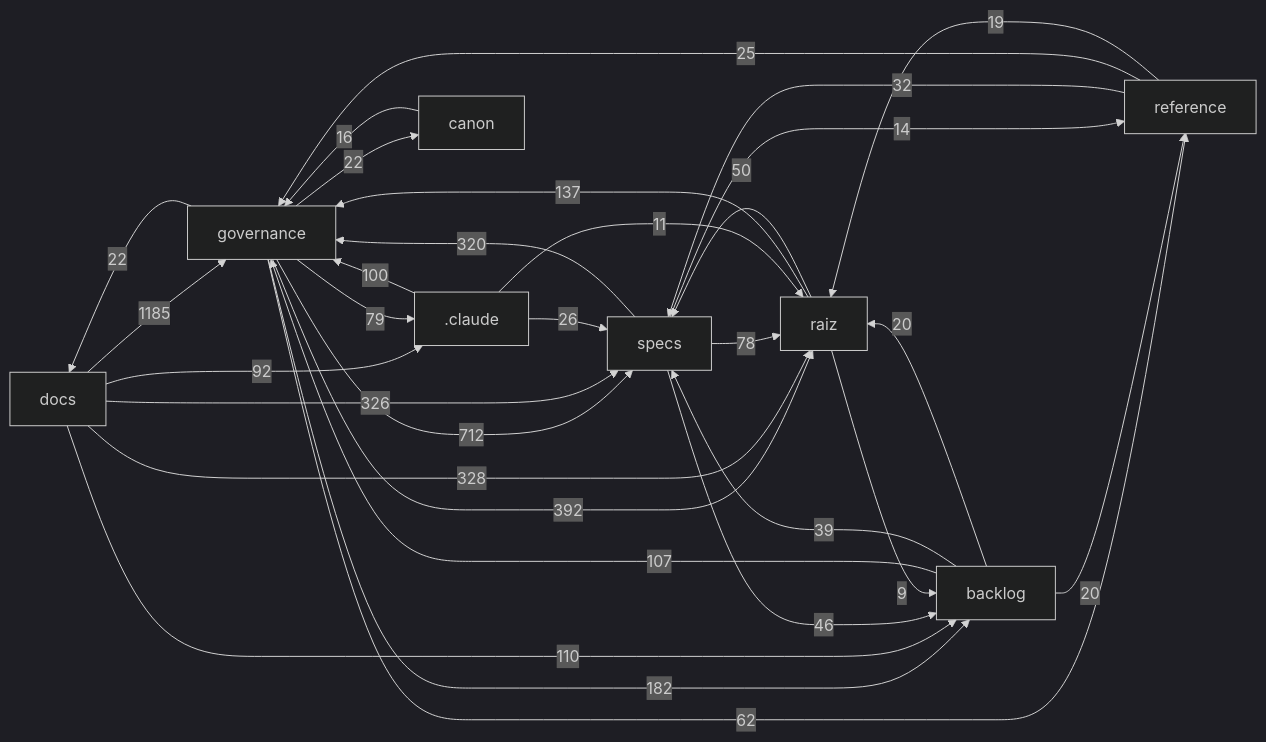
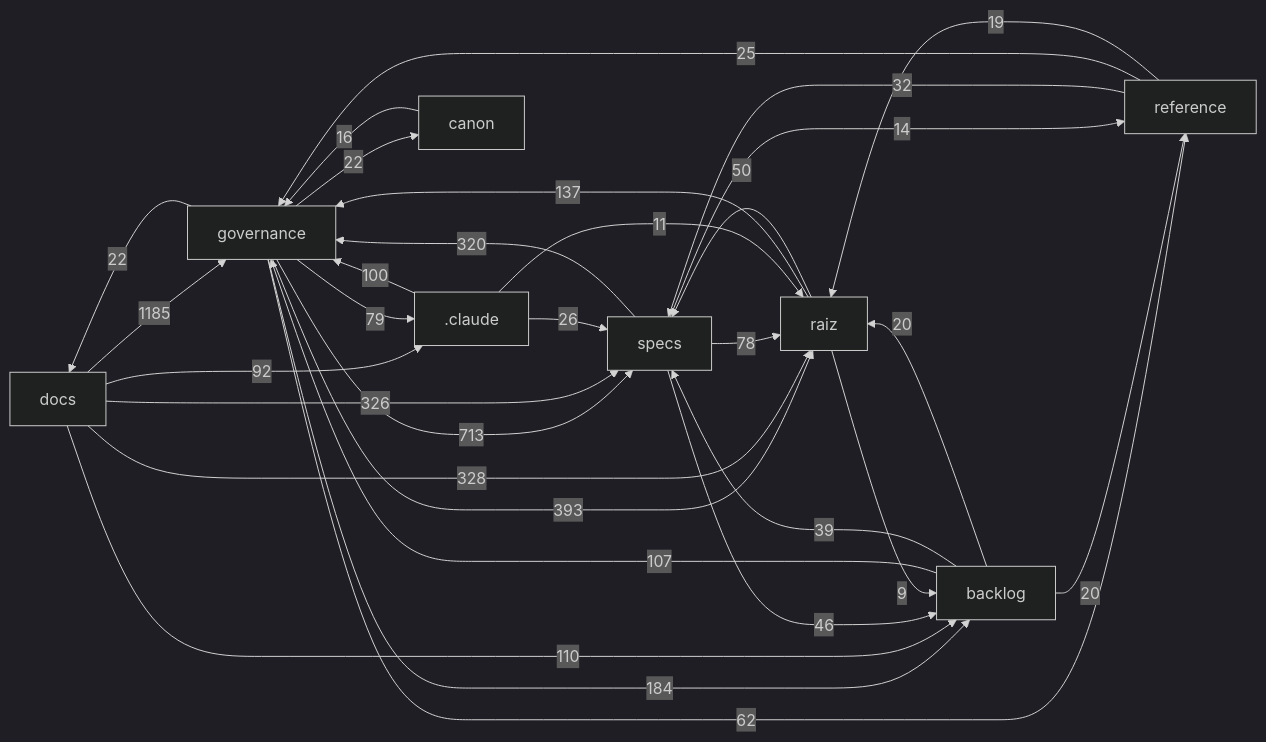
One commit to Andraus35/Sistema-Operacional-de-Trading--SOT changed the diagram in docs/mapa/MAPA-PROJETO.md. Above: the diagram before and after it, drawn with Mermaid (dark theme). The commit also changed other lines of this file and 2 other files, not shown here.

````diff
--- a/docs/mapa/MAPA-PROJETO.md
+++ b/docs/mapa/MAPA-PROJETO.md
@@ -29,33 +29,33 @@
 ```mermaid
 flowchart LR
   docs["docs"] -->|1185| governance["governance"]
-  governance["governance"] -->|712| specs["specs"]
-  governance["governance"] -->|392| raiz["raiz"]
+  governance["governance"] -->|713| specs["specs"]
+  governance["governance"] -->|393| raiz["raiz"]
   docs["docs"] -->|328| raiz["raiz"]
   docs["docs"] -->|326| specs["specs"]
   specs["specs"] -->|320| governance["governance"]
-  governance["governance"] -->|182| backlog["backlog"]
+  governance["governance"] -->|184| backlog["backlog"]
   raiz["raiz"] -->|137| governance["governance"]
   docs["docs"] -->|110| backlog["backlog"]
   backlog["backlog"] -->|107| governance["governance"]
   _claude[".claude"] -->|100| governance["governance"]
   docs["docs"] -->|92| _claude[".claude"]
   governance["governance"] -->|79| _claude[".claude"]
   specs["specs"] -->|78| raiz["raiz"]
   governance["governance"] -->|62| reference["reference"]
   raiz["raiz"] -->|50| specs["specs"]
   specs["specs"] -->|46| backlog["backlog"]
   backlog["backlog"] -->|39| specs["specs"]
   reference["reference"] -->|32| specs["specs"]
   _claude[".claude"] -->|26| specs["specs"]
   reference["reference"] -->|25| governance["governance"]
   governance["governance"] -->|22| docs["docs"]
   governance["governance"] -->|22| canon["canon"]
   backlog["backlog"] -->|20| raiz["raiz"]
   backlog["backlog"] -->|20| reference["reference"]
   reference["reference"] -->|19| raiz["raiz"]
   canon["canon"] -->|16| governance["governance"]
   specs["specs"] -->|14| reference["reference"]
   _claude[".claude"] -->|11| raiz["raiz"]
   raiz["raiz"] -->|9| backlog["backlog"]
 ```
````
